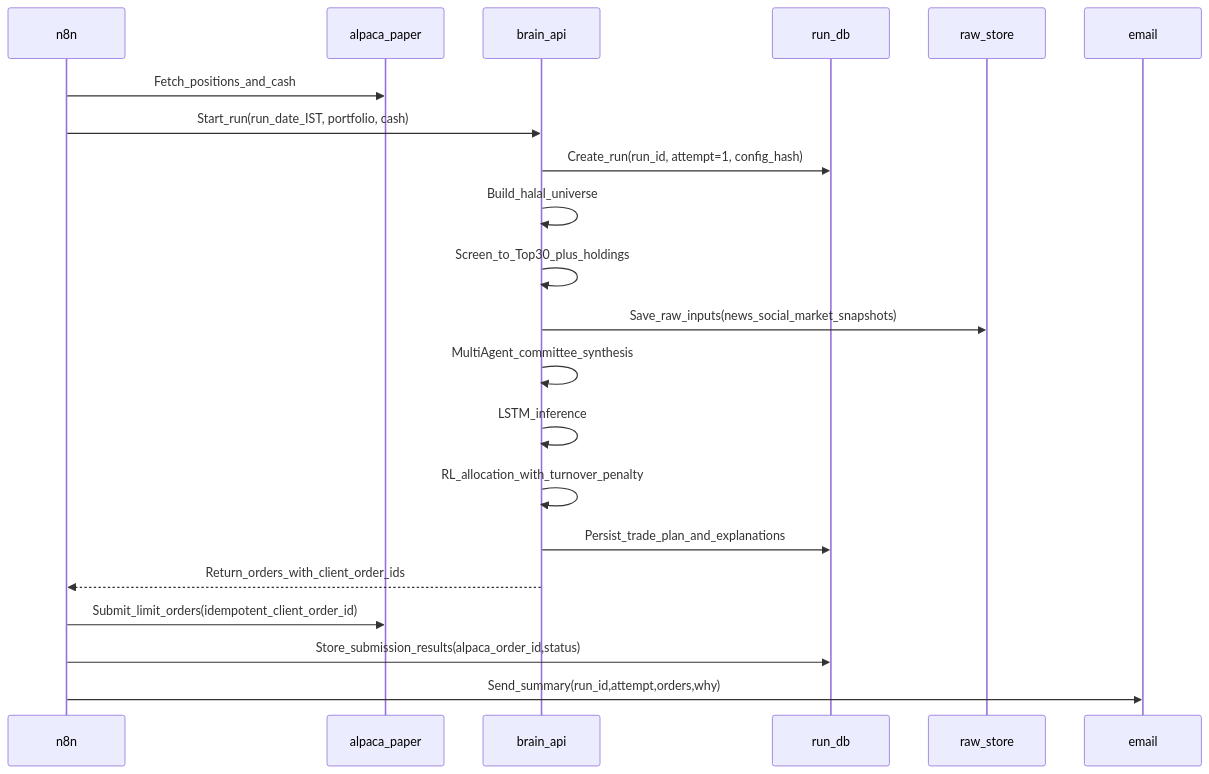
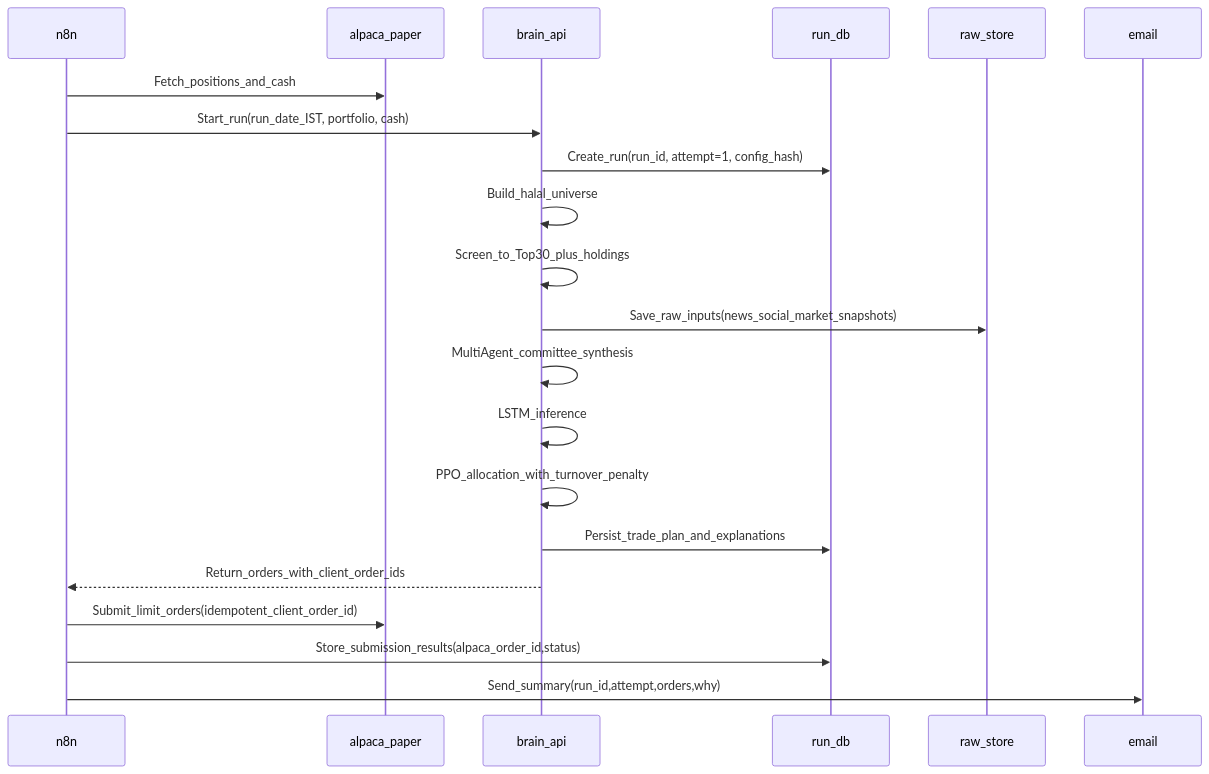
The second of 3 diagrams in README.md (hajirazin/LearnFinance-2025), drawn with Mermaid before and after one commit. The commit also changed other lines of this file and 2 other files, not shown here.

````diff
--- a/README.md
+++ b/README.md
@@ -54,24 +54,24 @@
 ```mermaid
 sequenceDiagram
   participant N8N as n8n
   participant Alpaca as alpaca_paper
   participant Brain as brain_api
   participant DB as run_db
   participant Raw as raw_store
   participant Email as email
 
   N8N->>Alpaca: Fetch_positions_and_cash
   N8N->>Brain: Start_run(run_date_IST, portfolio, cash)
   Brain->>DB: Create_run(run_id, attempt=1, config_hash)
   Brain->>Brain: Build_halal_universe
   Brain->>Brain: Screen_to_Top30_plus_holdings
   Brain->>Raw: Save_raw_inputs(news_social_market_snapshots)
   Brain->>Brain: MultiAgent_committee_synthesis
   Brain->>Brain: LSTM_inference
-  Brain->>Brain: RL_allocation_with_turnover_penalty
+  Brain->>Brain: PPO_allocation_with_turnover_penalty
   Brain->>DB: Persist_trade_plan_and_explanations
   Brain-->>N8N: Return_orders_with_client_order_ids
   N8N->>Alpaca: Submit_limit_orders(idempotent_client_order_id)
   N8N->>DB: Store_submission_results(alpaca_order_id,status)
   N8N->>Email: Send_summary(run_id,attempt,orders,why)
 ```
````
